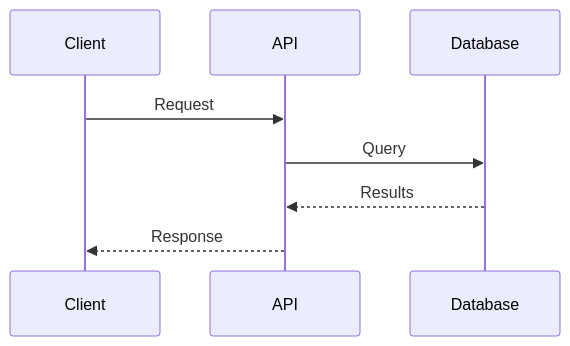
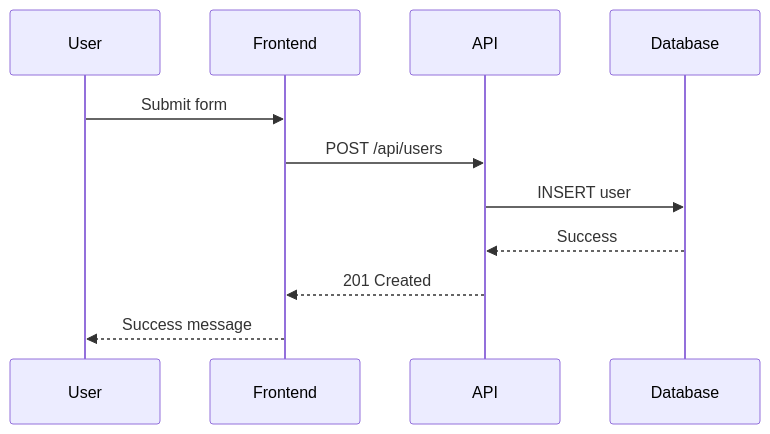
Before and after one commit to rysweet/amplihack: the third of 3 diagrams in agents/visualization-architect.md, drawn with Mermaid. The commit also changed other lines of this file and 620 other files, not shown here.

````diff
--- a/agents/visualization-architect.md
+++ b/agents/visualization-architect.md
@@ -145,11 +99,14 @@
 ```mermaid
 sequenceDiagram
-    participant C as Client
+    participant U as User
+    participant F as Frontend
     participant A as API
     participant D as Database
-    
-    C->>A: Request
-    A->>D: Query
-    D-->>A: Results
-    A-->>C: Response
+
+    U->>F: Submit form
+    F->>A: POST /api/users
+    A->>D: INSERT user
+    D-->>A: Success
+    A-->>F: 201 Created
+    F-->>U: Success message
 ```
````
